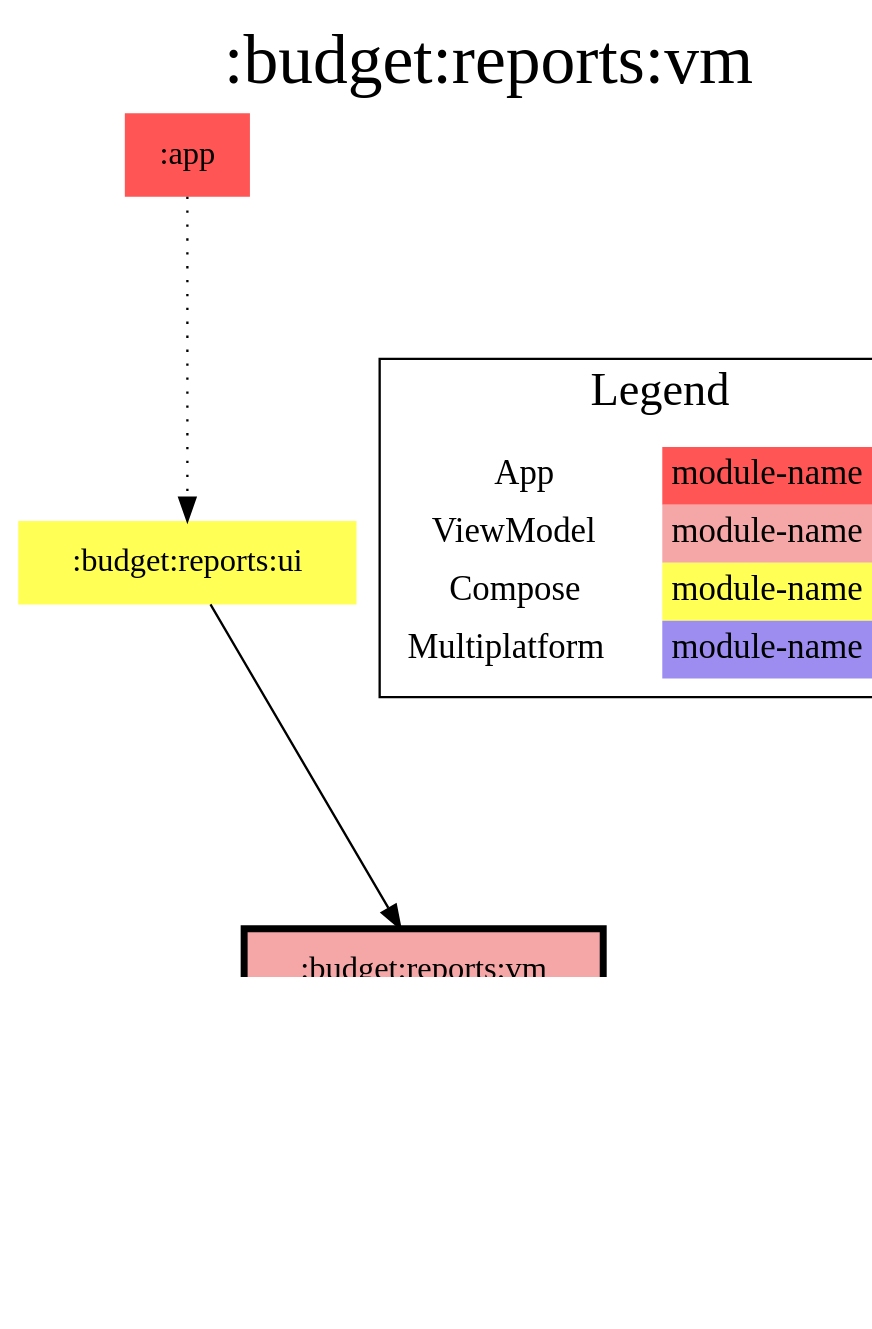
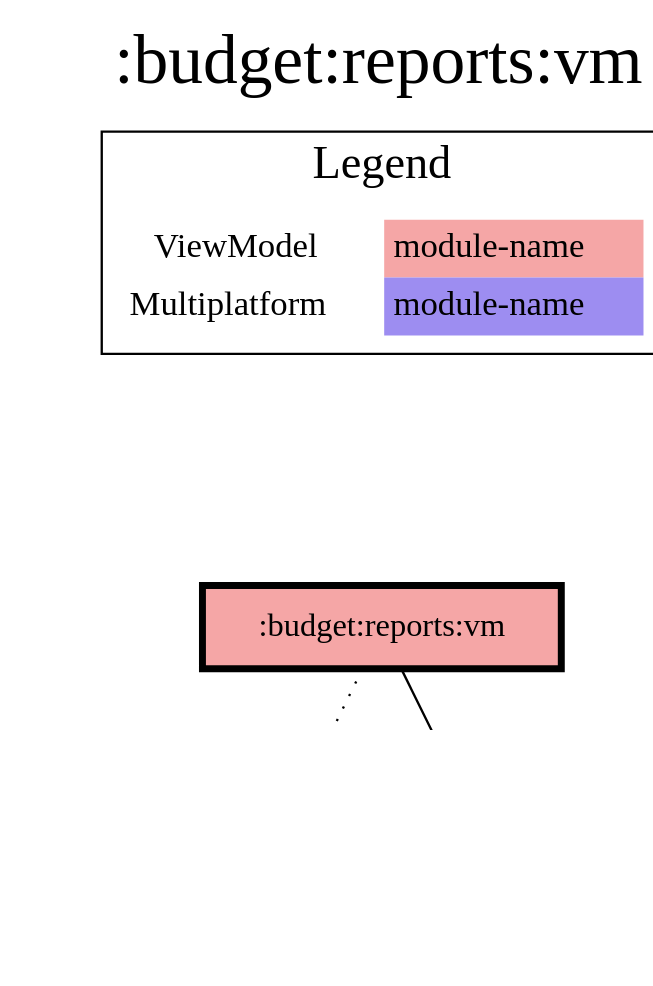
Before and after one commit to jonapoul/aktual: the diagram in modules/budget/reports/vm/modules.dot, drawn with Graphviz. The commit also changed 73 other files, not shown here.

Commit message:
Remove upstream diagrams

```diff
--- a/modules/budget/reports/vm/modules.dot
+++ b/modules/budget/reports/vm/modules.dot
@@ -1,31 +1,25 @@
 digraph {
 edge ["dir"="forward"]
 graph ["dpi"="100","label"=":budget:reports:vm","labelloc"="t","fontsize"="30","ranksep"="1.5","rankdir"="TB"]
 node ["style"="filled"]
 ":account:model" ["fillcolor"="#9D8DF1","shape"="none"]
-":app" ["fillcolor"="#FF5555","shape"="none"]
 ":budget:model" ["fillcolor"="#9D8DF1","shape"="none"]
-":budget:reports:ui" ["fillcolor"="#FFFF55","shape"="none"]
 ":budget:reports:vm" ["fillcolor"="#F5A6A6","color"="black","penwidth"="3","shape"="box"]
 {
 edge ["dir"="none"]
 graph ["rank"="same"]
 ":budget:reports:vm"
 }
-":app" -> ":budget:reports:ui" ["style"="dotted"]
-":budget:reports:ui" -> ":budget:reports:vm"
 ":budget:reports:vm" -> ":account:model" ["style"="dotted"]
 ":budget:reports:vm" -> ":budget:model"
 subgraph "cluster_legend" {
 edge ["dir"="none"]
 graph ["label"="Legend","fontsize"="20"]
 "Legend" ["style"="filled","fillcolor"="#FFFFFF","shape"="none","margin"="0","fontsize"="15","label"=<
 <TABLE BORDER="0" CELLBORDER="0" CELLSPACING="0" CELLPADDING="4">
-<TR><TD>App</TD><TD BGCOLOR="#FF5555">module-name</TD></TR>
 <TR><TD>ViewModel</TD><TD BGCOLOR="#F5A6A6">module-name</TD></TR>
-<TR><TD>Compose</TD><TD BGCOLOR="#FFFF55">module-name</TD></TR>
 <TR><TD>Multiplatform</TD><TD BGCOLOR="#9D8DF1">module-name</TD></TR>
 </TABLE>
 >]
 } -> ":budget:reports:vm" ["style"="invis"]
 }
```
